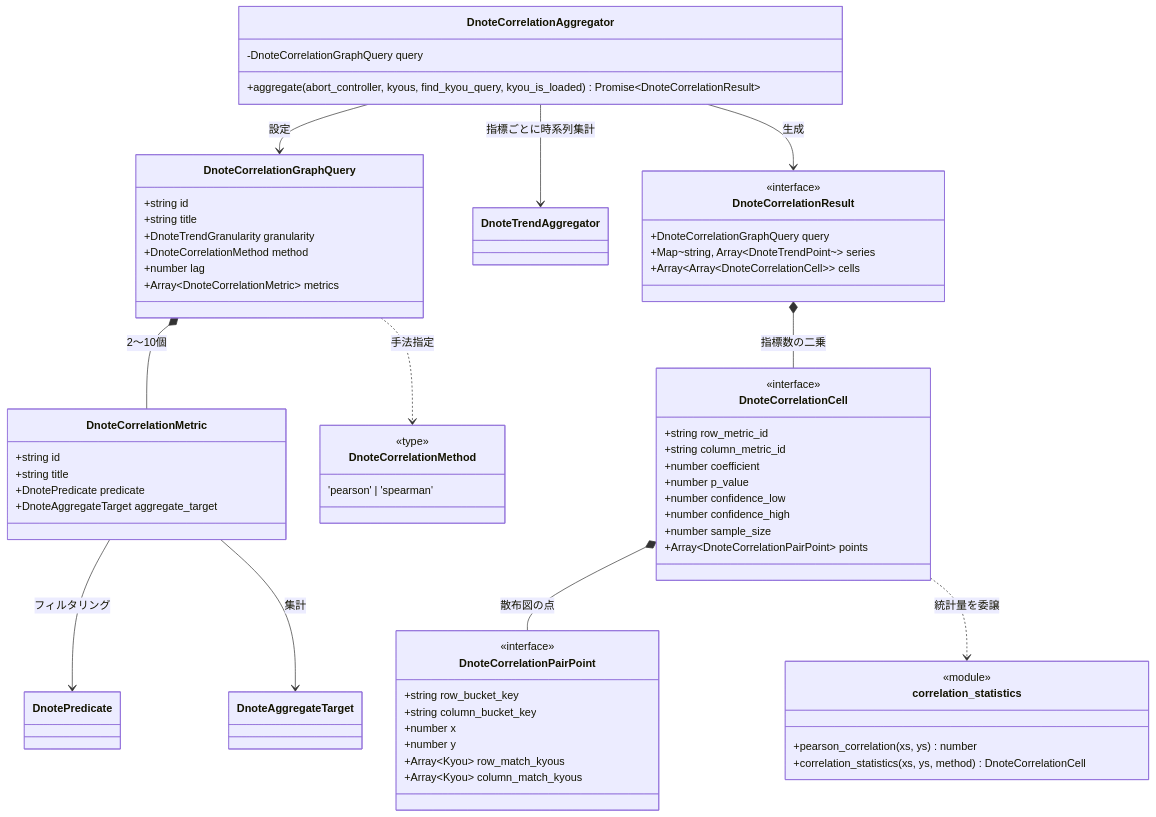
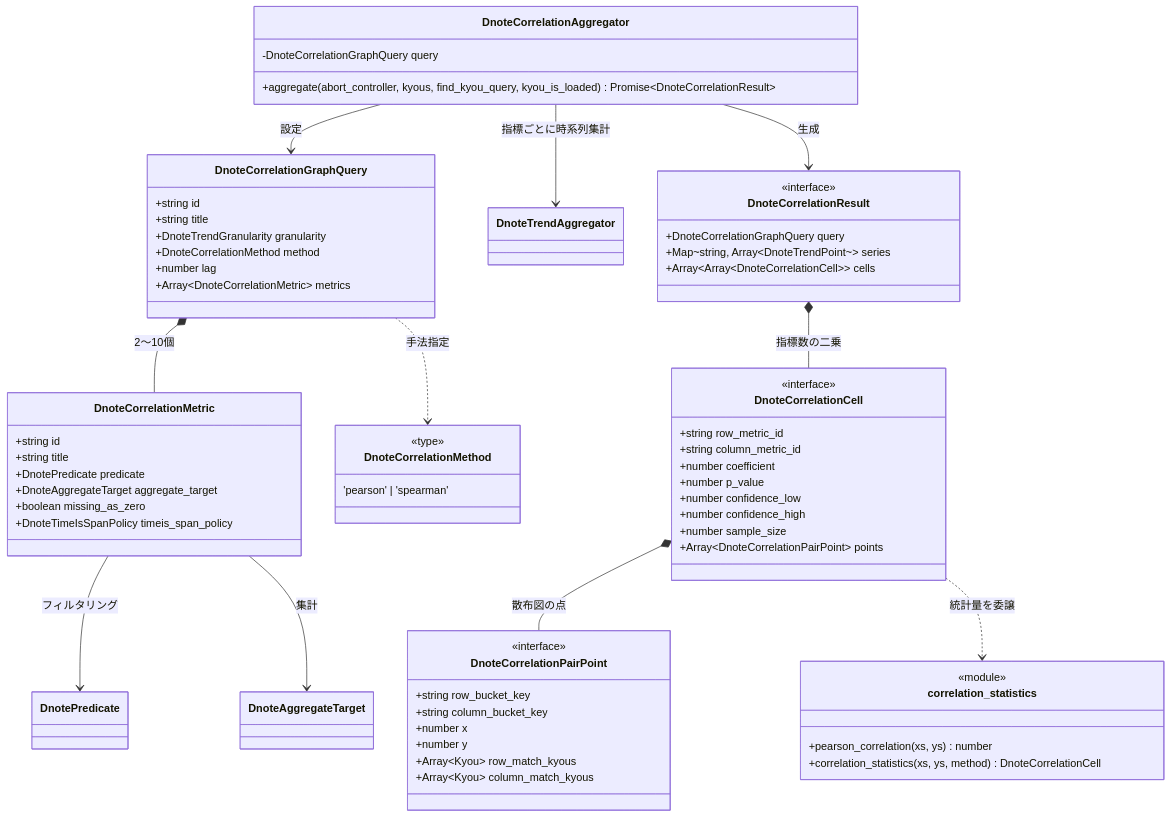
One commit to mt3hr/gkill changed the eighth of 8 diagrams in documents/reverse/class-diagrams.md. Above: the diagram before and after it, drawn with Mermaid. The commit also changed other lines of this file and 35 other files, not shown here.

````diff
--- a/documents/reverse/class-diagrams.md
+++ b/documents/reverse/class-diagrams.md
@@ -898,74 +902,76 @@
 ```mermaid
 classDiagram
     class DnoteCorrelationAggregator {
         -DnoteCorrelationGraphQuery query
         +aggregate(abort_controller, kyous, find_kyou_query, kyou_is_loaded) Promise~DnoteCorrelationResult~
     }
 
     class DnoteCorrelationGraphQuery {
         +string id
         +string title
         +DnoteTrendGranularity granularity
         +DnoteCorrelationMethod method
         +number lag
         +Array~DnoteCorrelationMetric~ metrics
     }
 
     class DnoteCorrelationMetric {
         +string id
         +string title
         +DnotePredicate predicate
         +DnoteAggregateTarget aggregate_target
+        +boolean missing_as_zero
+        +DnoteTimeIsSpanPolicy timeis_span_policy
     }
 
     class DnoteCorrelationCell {
         <<interface>>
         +string row_metric_id
         +string column_metric_id
         +number coefficient
         +number p_value
         +number confidence_low
         +number confidence_high
         +number sample_size
         +Array~DnoteCorrelationPairPoint~ points
     }
 
     class DnoteCorrelationPairPoint {
         <<interface>>
         +string row_bucket_key
         +string column_bucket_key
         +number x
         +number y
         +Array~Kyou~ row_match_kyous
         +Array~Kyou~ column_match_kyous
     }
 
     class DnoteCorrelationResult {
         <<interface>>
         +DnoteCorrelationGraphQuery query
         +Map~string, Array~DnoteTrendPoint~~ series
         +Array~Array~DnoteCorrelationCell~~ cells
     }
 
     class DnoteCorrelationMethod {
         <<type>>
         'pearson' | 'spearman'
     }
 
     class correlation_statistics {
         <<module>>
         +pearson_correlation(xs, ys) number
         +correlation_statistics(xs, ys, method) DnoteCorrelationCell
     }
 
     DnoteCorrelationAggregator --> DnoteCorrelationGraphQuery : 設定
     DnoteCorrelationAggregator --> DnoteTrendAggregator : 指標ごとに時系列集計
     DnoteCorrelationAggregator --> DnoteCorrelationResult : 生成
     DnoteCorrelationGraphQuery *-- DnoteCorrelationMetric : 2〜10個
     DnoteCorrelationMetric --> DnotePredicate : フィルタリング
     DnoteCorrelationMetric --> DnoteAggregateTarget : 集計
     DnoteCorrelationResult *-- DnoteCorrelationCell : 指標数の二乗
     DnoteCorrelationCell *-- DnoteCorrelationPairPoint : 散布図の点
     DnoteCorrelationCell ..> correlation_statistics : 統計量を委譲
     DnoteCorrelationGraphQuery ..> DnoteCorrelationMethod : 手法指定
 ```
````
